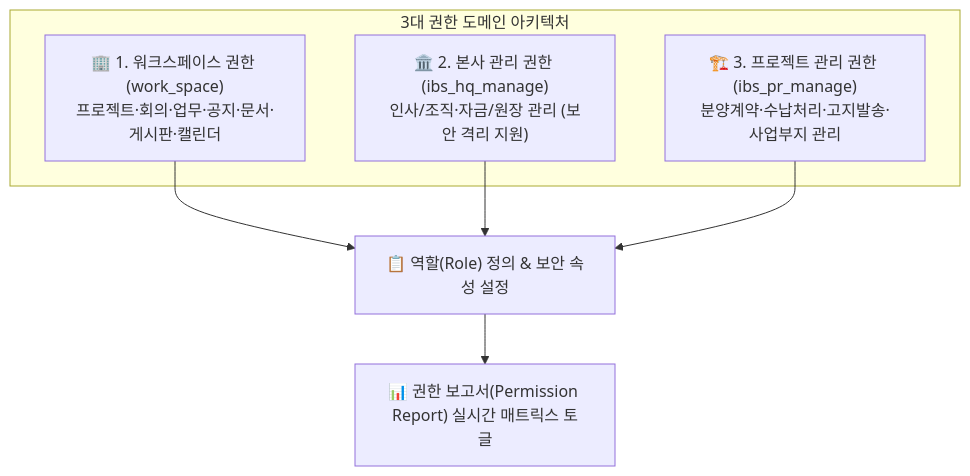
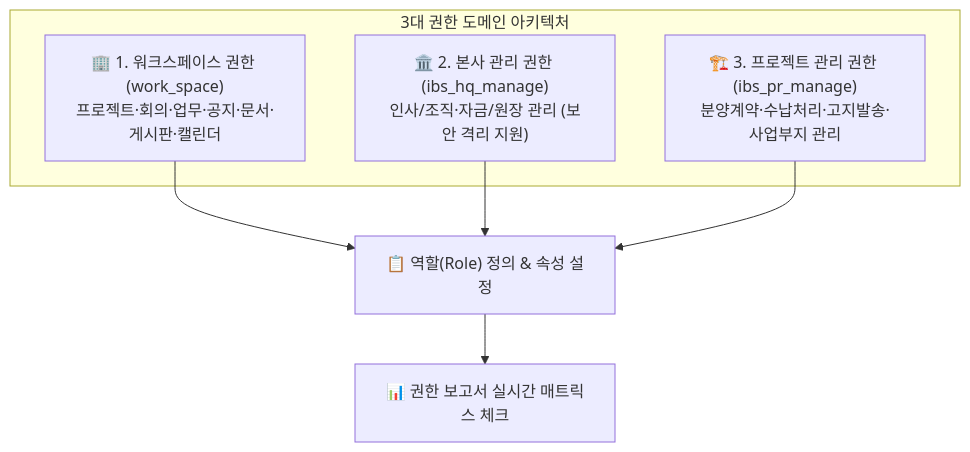
One commit to nc2U/ibs changed the diagram in app/vue/docs/work-setting/roll-perm.md. Above: the diagram before and after it, drawn with Mermaid. The commit also changed other lines of this file and 7 other files, not shown here.

````diff
--- a/app/vue/docs/work-setting/roll-perm.md
+++ b/app/vue/docs/work-setting/roll-perm.md
@@ -9,11 +16,11 @@
 ```mermaid
 flowchart TD
     subgraph 권한카테고리 ["3대 권한 도메인 아키텍처"]
         A["🏢 1. 워크스페이스 권한 (work_space)<br>프로젝트·회의·업무·공지·문서·게시판·캘린더"]
         B["🏛️ 2. 본사 관리 권한 (ibs_hq_manage)<br>인사/조직·자금/원장 관리 (보안 격리 지원)"]
         C["🏗️ 3. 프로젝트 관리 권한 (ibs_pr_manage)<br>분양계약·수납처리·고지발송·사업부지 관리"]
     end
 
-    A & B & C --> D["📋 역할(Role) 정의 & 보안 속성 설정"]
-    D --> E["📊 권한 보고서(Permission Report) 실시간 매트릭스 토글"]
+    A & B & C --> D["📋 역할(Role) 정의 & 속성 설정"]
+    D --> E["📊 권한 보고서 실시간 매트릭스 체크"]
 ```
````
